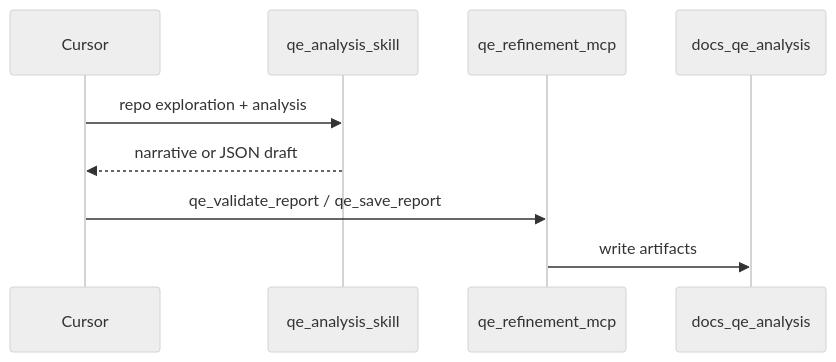
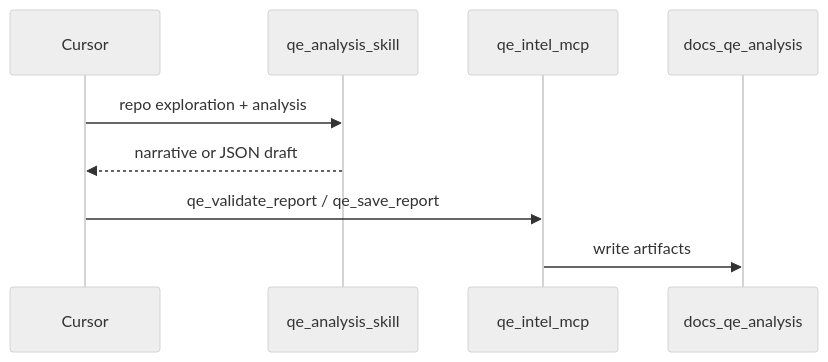
Before and after one commit to arjunjh10/qe-craft: the diagram in README.md, drawn with Mermaid (neutral theme). The commit also changed other lines of this file and 50 other files, not shown here.

````diff
--- a/README.md
+++ b/README.md
@@ -43,12 +43,12 @@
 ```mermaid
 sequenceDiagram
   participant Cursor
   participant Skill as qe_analysis_skill
-  participant MCP as qe_refinement_mcp
+  participant MCP as qe_intel_mcp
   participant FS as docs_qe_analysis
 
   Cursor->>Skill: repo exploration + analysis
   Skill-->>Cursor: narrative or JSON draft
   Cursor->>MCP: qe_validate_report / qe_save_report
   MCP->>FS: write artifacts
 ```
````
